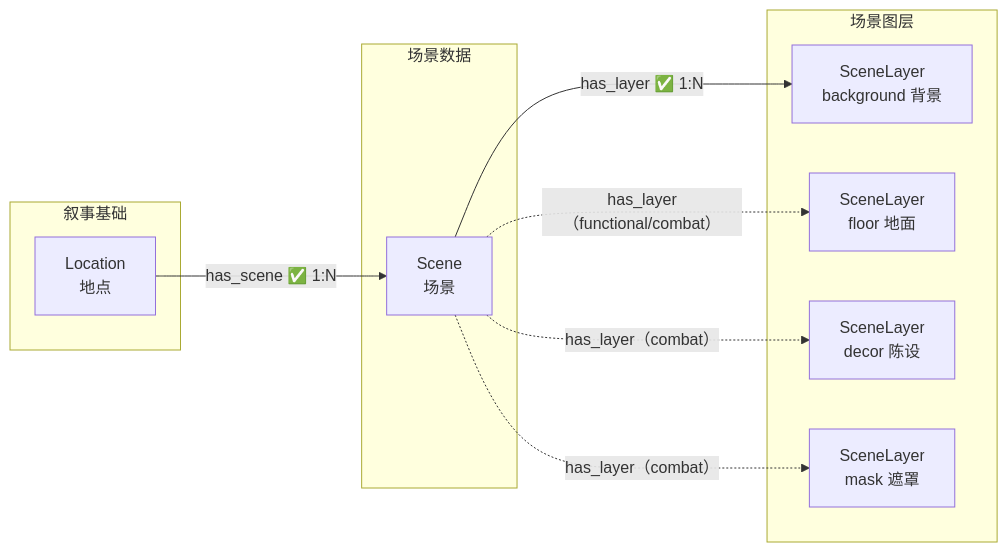
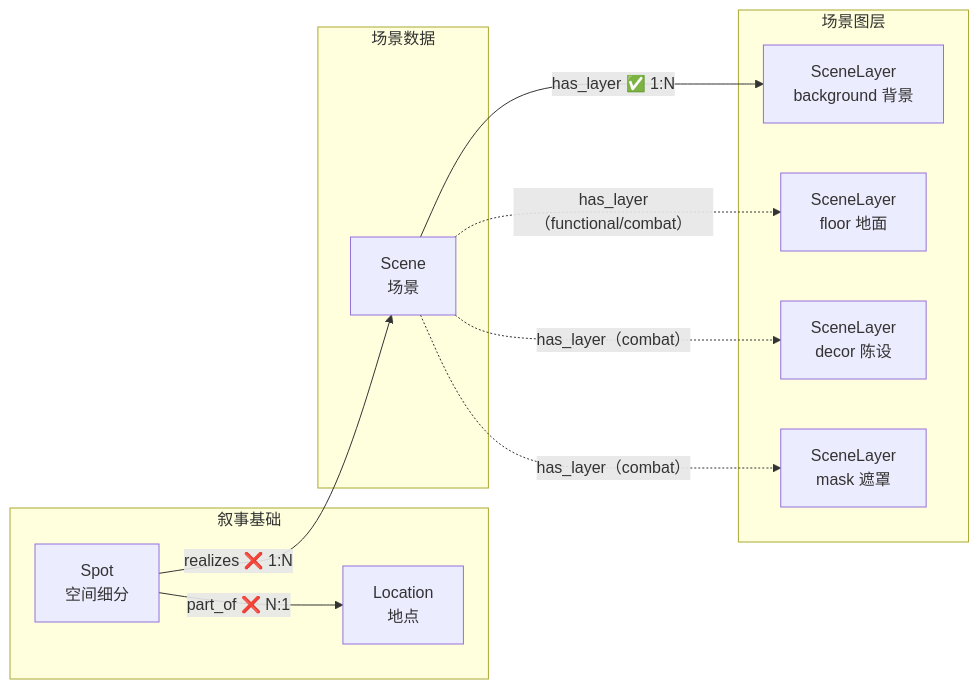
Before and after one commit to CrazyJinn/ProxyLove: the diagram in 00_init/Schema/场景美术.md, drawn with Mermaid. The commit also changed other lines of this file and 4 other files, not shown here.

First line of the commit message:
Schema：Event 定位归一为 Spot（occurs_at/part_of/realizes），has_scene 退役

````diff
--- a/00_init/Schema/场景美术.md
+++ b/00_init/Schema/场景美术.md
@@ -97,23 +100,25 @@
 ```mermaid
 flowchart LR
     subgraph 叙事["叙事基础"]
         Location["Location<br/>地点"]
+        Spot["Spot<br/>空间细分"]
     end
 
     subgraph 场景数据["场景数据"]
         Scene["Scene<br/>场景"]
     end
 
     subgraph 场景生产["场景图层"]
         Bg["SceneLayer<br/>background 背景"]
         Floor["SceneLayer<br/>floor 地面"]
         Decor["SceneLayer<br/>decor 陈设"]
         Mask["SceneLayer<br/>mask 遮罩"]
     end
 
-    Location -->|"has_scene ✅ 1:N"| Scene
+    Spot -->|"part_of ❌ N:1"| Location
+    Spot -->|"realizes ❌ 1:N"| Scene
     Scene -->|"has_layer ✅ 1:N"| Bg
     Scene -.->|"has_layer（functional/combat）"| Floor
     Scene -.->|"has_layer（combat）"| Decor
     Scene -.->|"has_layer（combat）"| Mask
 ```
````
